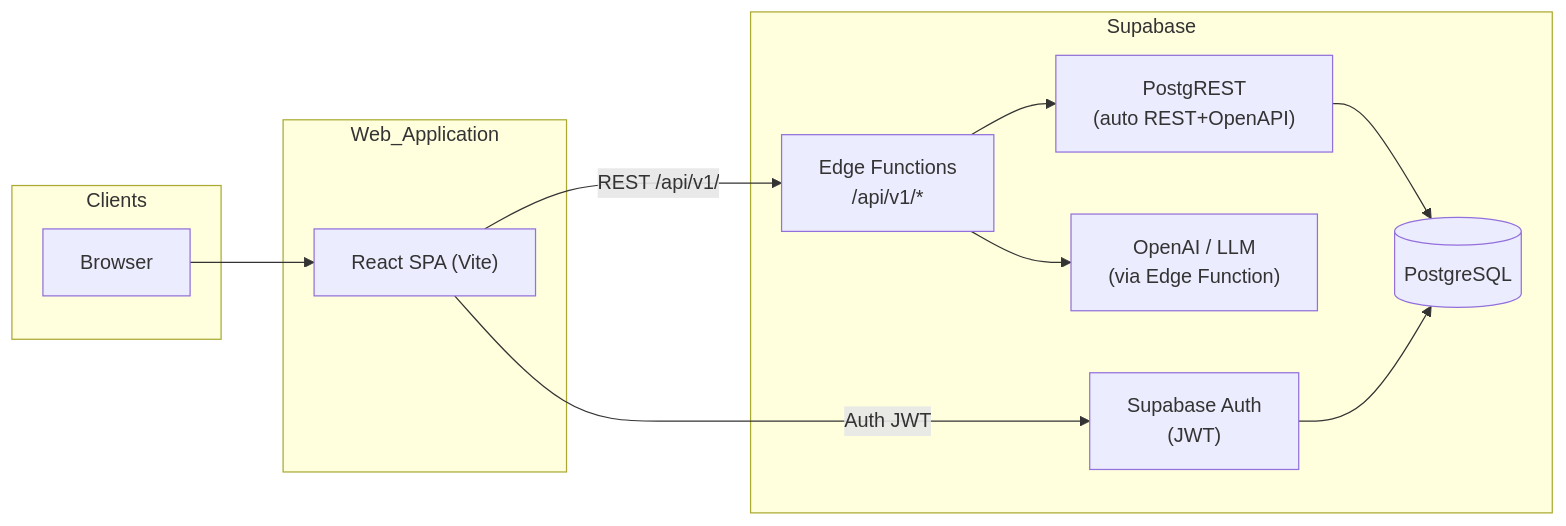
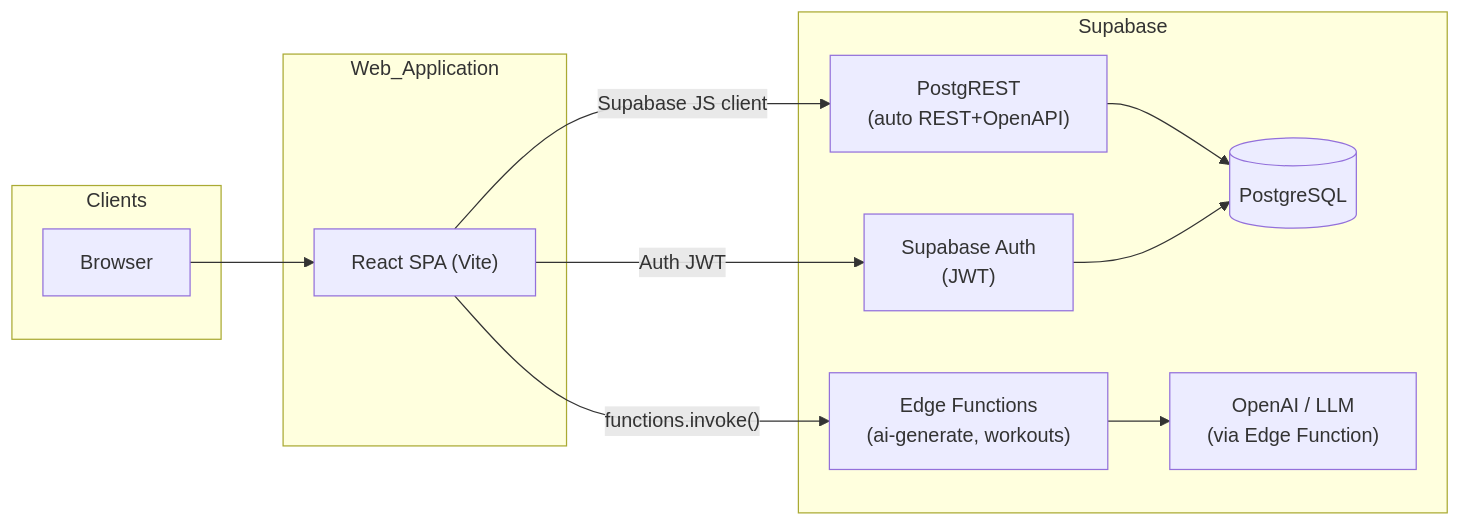
Before and after one commit to TheFoundrySports/training-records: the diagram in docs/ARCHITECTURE.md, drawn with Mermaid. The commit also changed other lines of this file and 64 other files, not shown here.

````diff
--- a/docs/ARCHITECTURE.md
+++ b/docs/ARCHITECTURE.md
@@ -9,23 +9,23 @@
 ```mermaid
 flowchart LR
   subgraph clients [Clients]
     Browser[Browser]
   end
   subgraph app [Web_Application]
     UI["React SPA (Vite)"]
   end
   subgraph supabase [Supabase]
-    EdgeFn["Edge Functions\n/api/v1/*"]
+    EdgeFn["Edge Functions\n(ai-generate, workouts)"]
     PostgREST["PostgREST\n(auto REST+OpenAPI)"]
     SupaAuth["Supabase Auth\n(JWT)"]
     DB[("PostgreSQL")]
     AI["OpenAI / LLM\n(via Edge Function)"]
   end
   Browser --> UI
-  UI -->|"REST /api/v1/"| EdgeFn
+  UI -->|"Supabase JS client"| PostgREST
   UI -->|"Auth JWT"| SupaAuth
-  EdgeFn --> PostgREST
+  UI -->|"functions.invoke()"| EdgeFn
   EdgeFn --> AI
   PostgREST --> DB
   SupaAuth --> DB
 ```
````
